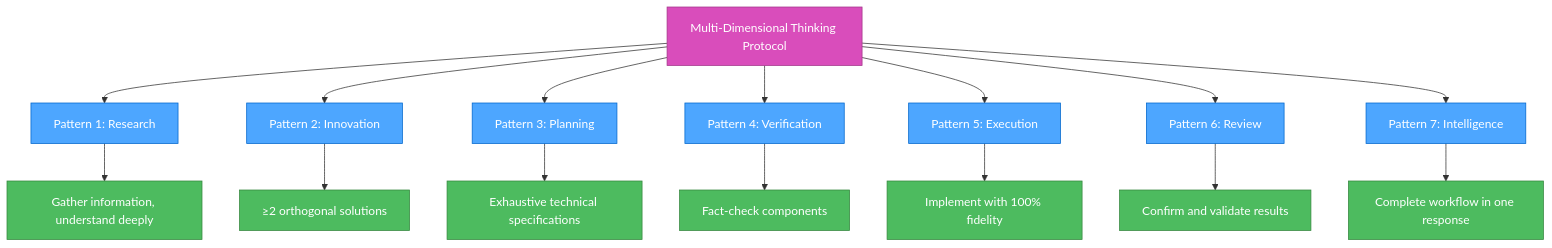
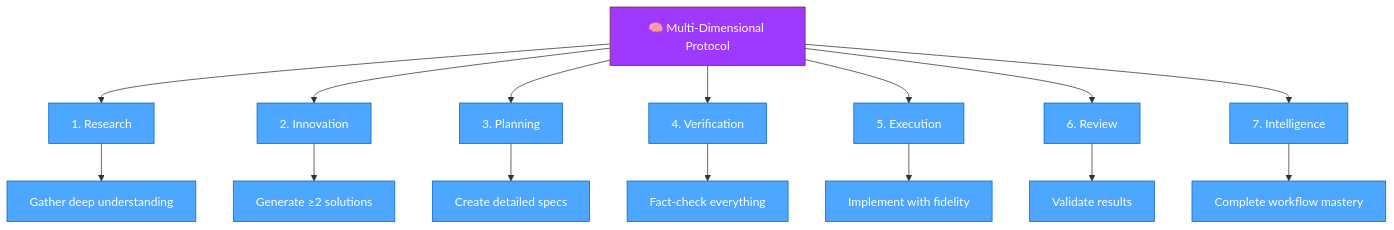
The third of 8 diagrams in README.md (giang6283623/cursor-tip), drawn with Mermaid before and after one commit. The commit also changed other lines of this file and 104 other files, not shown here.

````diff
--- a/README.md
+++ b/README.md
@@ -122,26 +133,24 @@
 ```mermaid
 graph TD
-    Protocol[Multi-Dimensional Thinking Protocol] --> P1[Pattern 1: Research]
-    Protocol --> P2[Pattern 2: Innovation]
-    Protocol --> P3[Pattern 3: Planning]
-    Protocol --> P4[Pattern 4: Verification]
-    Protocol --> P5[Pattern 5: Execution]
-    Protocol --> P6[Pattern 6: Review]
-    Protocol --> P7[Pattern 7: Intelligence]
-
-    P1 --> Research[Gather information, understand deeply]
-    P2 --> Innovation[≥2 orthogonal solutions]
-    P3 --> Planning[Exhaustive technical specifications]
-    P4 --> Verification[Fact-check components]
-    P5 --> Execution[Implement with 100% fidelity]
-    P6 --> Review[Confirm and validate results]
-    P7 --> Intelligence[Complete workflow in one response]
-
-    classDef protocol fill:#d94dbb,stroke:#a3378a,color:white
+    Protocol[🧠 Multi-Dimensional Protocol] --> P1[1. Research]
+    Protocol --> P2[2. Innovation]
+    Protocol --> P3[3. Planning]
+    Protocol --> P4[4. Verification]
+    Protocol --> P5[5. Execution]
+    Protocol --> P6[6. Review]
+    Protocol --> P7[7. Intelligence]
+    
+    P1 --> R[Gather deep understanding]
+    P2 --> I[Generate ≥2 solutions]
+    P3 --> PL[Create detailed specs]
+    P4 --> V[Fact-check everything]
+    P5 --> E[Implement with fidelity]
+    P6 --> RE[Validate results]
+    P7 --> IN[Complete workflow mastery]
+    
+    classDef protocol fill:#9f39ff,stroke:#7c2d12,color:white
     classDef pattern fill:#4da6ff,stroke:#0066cc,color:white
-    classDef description fill:#4dbb5f,stroke:#36873f,color:white
-
+    
     class Protocol protocol
-    class P1,P2,P3,P4,P5,P6,P7 pattern
-    class Research,Innovation,Planning,Verification,Execution,Review,Intelligence description
+    class P1,P2,P3,P4,P5,P6,P7,R,I,PL,V,E,RE,IN pattern
 ```
````
